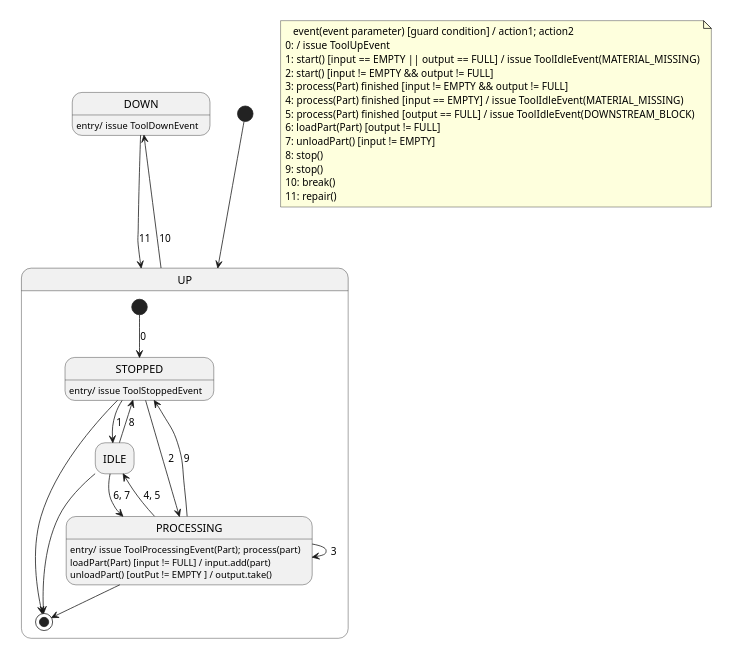
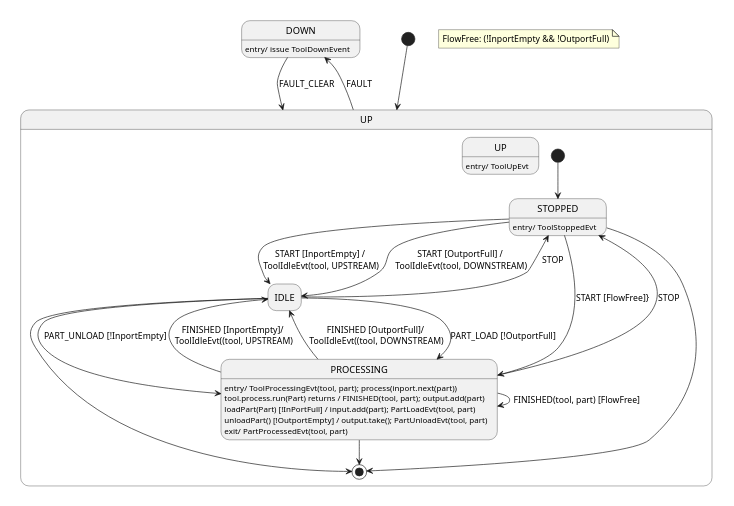
Before and after one commit to onouv/mes-tool-mock-srv: the diagram in doc/domain/tool.state.puml, drawn with PlantUML. The commit also changed 9 other files, not shown here.

```diff
--- a/doc/domain/tool.state.puml
+++ b/doc/domain/tool.state.puml
@@ -1,47 +1,44 @@
 @startuml
 'https://plantuml.com/state-diagram
 
 scale 350 width
 
 hide empty description
 state DOWN : entry/ issue ToolDownEvent
 
 [*] --> UP
-UP --> DOWN: 10
-DOWN --> UP: 11
+UP --> DOWN: FAULT
+DOWN --> UP: FAULT_CLEAR
 state UP {
-    state STOPPED: entry/ issue ToolStoppedEvent
+    state UP: entry/ ToolUpEvt
+    state STOPPED: entry/ ToolStoppedEvt
     state IDLE
-    state PROCESSING: entry/ issue ToolProcessingEvent(Part); process(part)
-    state PROCESSING: loadPart(Part) [input != FULL] / input.add(part)
-    state PROCESSING: unloadPart() [outPut != EMPTY ] / output.take()
+    state PROCESSING: entry/ ToolProcessingEvt(tool, part); process(inport.next(part))
+    state PROCESSING: tool.process.run(Part) returns / FINISHED(tool, part); output.add(part)
+    state PROCESSING: loadPart(Part) [!InPortFull] / input.add(part); PartLoadEvt(tool, part)
+    state PROCESSING: unloadPart() [!OutportEmpty] / output.take(); PartUnloadEvt(tool, part)
+    state PROCESSING: exit/ PartProcessedEvt(tool, part)
 
-    [*] --> STOPPED: 0
-    STOPPED --> IDLE: 1
-    STOPPED --> PROCESSING: 2
-    PROCESSING --> PROCESSING: 3
-    PROCESSING --> IDLE: 4, 5
-    IDLE --> PROCESSING: 6, 7
-    IDLE --> STOPPED: 8
-    PROCESSING --> STOPPED: 9
+    [*] --> STOPPED
+    STOPPED --> IDLE: START [InportEmpty] / \nToolIdleEvt(tool, UPSTREAM)
+    STOPPED --> IDLE: START [OutportFull] / \nToolIdleEvt(tool, DOWNSTREAM)
+
+    STOPPED --> PROCESSING: START [FlowFree]}
+    PROCESSING --> PROCESSING: FINISHED(tool, part) [FlowFree]
+    PROCESSING --> IDLE: FINISHED [InportEmpty]/ \nToolIdleEvt((tool, UPSTREAM)
+    PROCESSING --> IDLE: FINISHED [OutportFull]/ \nToolIdleEvt((tool, DOWNSTREAM)
+    IDLE --> PROCESSING: PART_LOAD [!OutportFull]
+    IDLE --> PROCESSING: PART_UNLOAD [!InportEmpty]
+
+    IDLE --> STOPPED: STOP
+    PROCESSING --> STOPPED: STOP
+
     STOPPED --> [*]
     IDLE --> [*]
     PROCESSING --> [*]
 
 }
 note as T
-       event(event parameter) [guard condition] / action1; action2
-    0: / issue ToolUpEvent
-    1: start()  [input == EMPTY || output == FULL] / issue ToolIdleEvent(MATERIAL_MISSING)
-    2: start() [input != EMPTY && output != FULL]
-    3: process(Part) finished [input != EMPTY && output != FULL]
-    4: process(Part) finished [input == EMPTY] / issue ToolIdleEvent(MATERIAL_MISSING)
-    5: process(Part) finished [output == FULL] / issue ToolIdleEvent(DOWNSTREAM_BLOCK)
-    6: loadPart(Part) [output != FULL]
-    7: unloadPart() [input != EMPTY]
-    8: stop()
-    9: stop()
-    10: break()
-    11: repair()
+    FlowFree: (!InportEmpty && !OutportFull)
 end note
 @enduml
```
